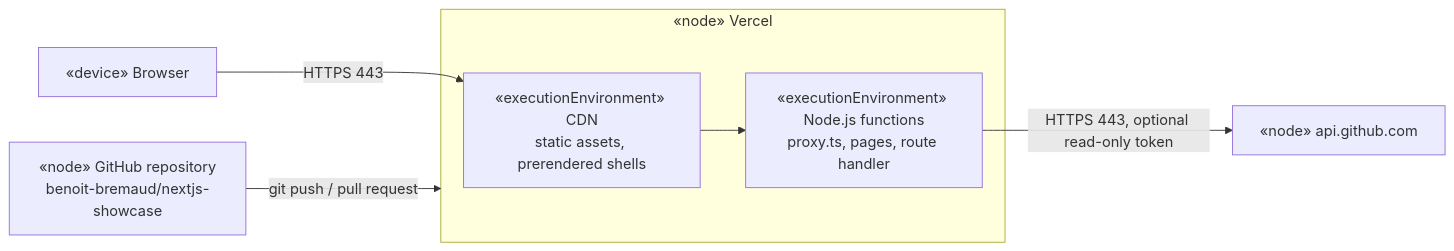
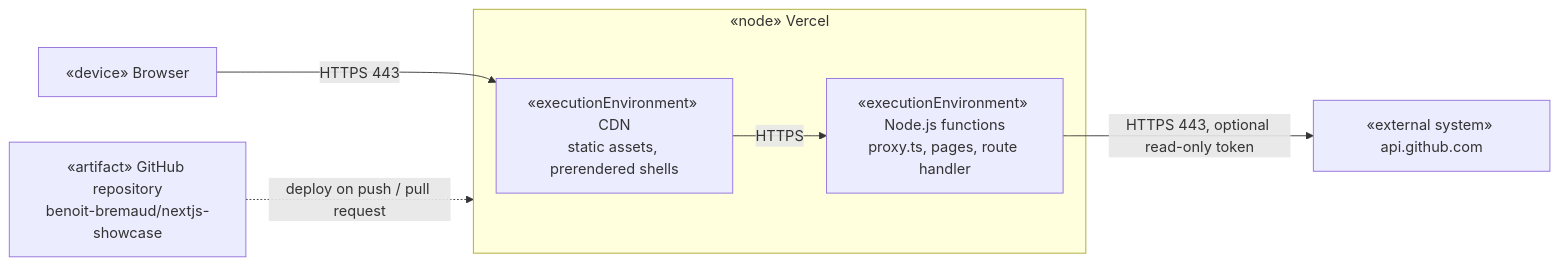
Before and after one commit to benoit-bremaud/nextjs-showcase: the diagram in docs/architecture/diagrams/dashboard/04-deployment.md, drawn with Mermaid. The commit also changed 5 other files, not shown here.

First line of the commit message:
docs(architecture): apply the local review to the conception

````diff
--- a/docs/architecture/diagrams/dashboard/04-deployment.md
+++ b/docs/architecture/diagrams/dashboard/04-deployment.md
@@ -5,14 +5,14 @@
 ```mermaid
 flowchart LR
   browser[«device» Browser]
   subgraph vercel [«node» Vercel]
     edge[«executionEnvironment» CDN<br/>static assets, prerendered shells]
     fn[«executionEnvironment» Node.js functions<br/>proxy.ts, pages, route handler]
   end
-  gh[«node» api.github.com]
-  repo[«node» GitHub repository<br/>benoit-bremaud/nextjs-showcase]
+  gh[«external system» api.github.com]
+  repo[«artifact» GitHub repository<br/>benoit-bremaud/nextjs-showcase]
   browser -- HTTPS 443 --> edge
-  edge --> fn
+  edge -- HTTPS --> fn
   fn -- HTTPS 443, optional read-only token --> gh
-  repo -- git push / pull request --> vercel
+  repo -. deploy on push / pull request .-> vercel
 ```
````
